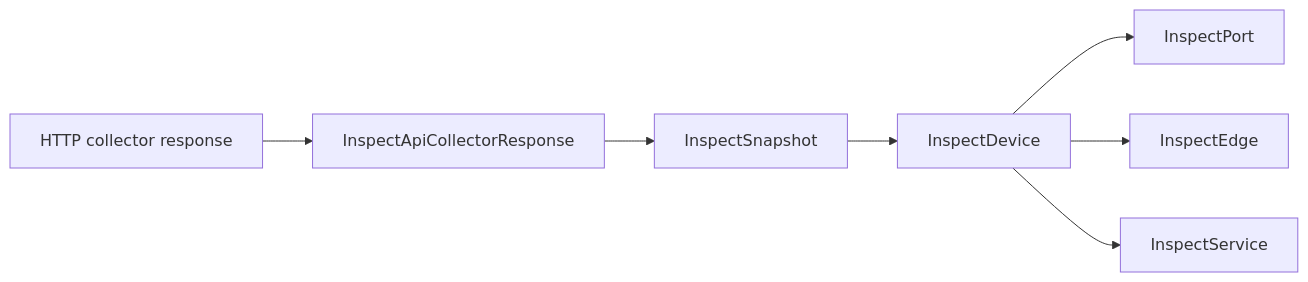
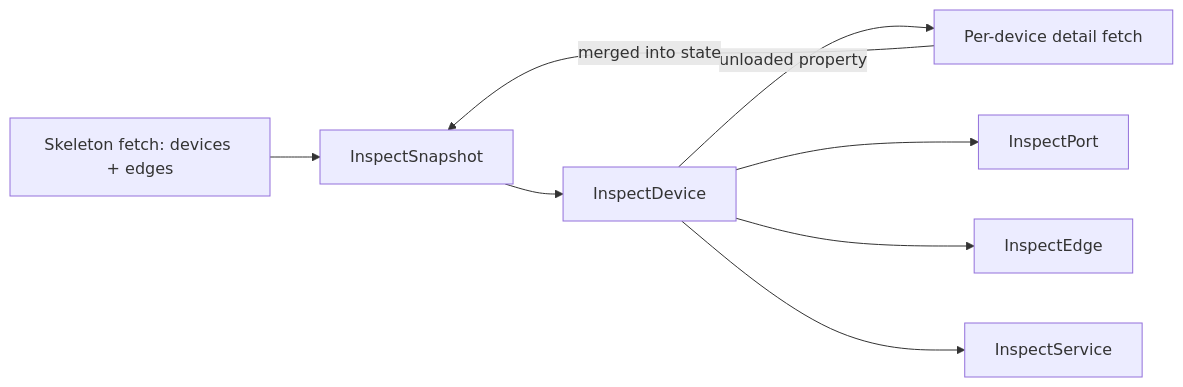
Before and after one commit to SWR-MoIP/VideoIPath-Automation-Tool: the first of 3 diagrams in docs/inspect-app/models.md, drawn with Mermaid. The commit also changed other lines of this file and 24 other files, not shown here.

````diff
--- a/docs/inspect-app/models.md
+++ b/docs/inspect-app/models.md
@@ -21,9 +21,10 @@
 ```mermaid
 flowchart LR
-    Http[HTTP collector response] --> ApiDto[InspectApiCollectorResponse]
-    ApiDto --> Snapshot[InspectSnapshot]
+    Skeleton[Skeleton fetch: devices + edges] --> Snapshot[InspectSnapshot]
     Snapshot --> Device[InspectDevice]
+    Device -- unloaded property --> Hydrate[Per-device detail fetch]
+    Hydrate -- merged into state --> Snapshot
     Device --> Ports[InspectPort]
     Device --> Edges[InspectEdge]
     Device --> Services[InspectService]
 ```
````
